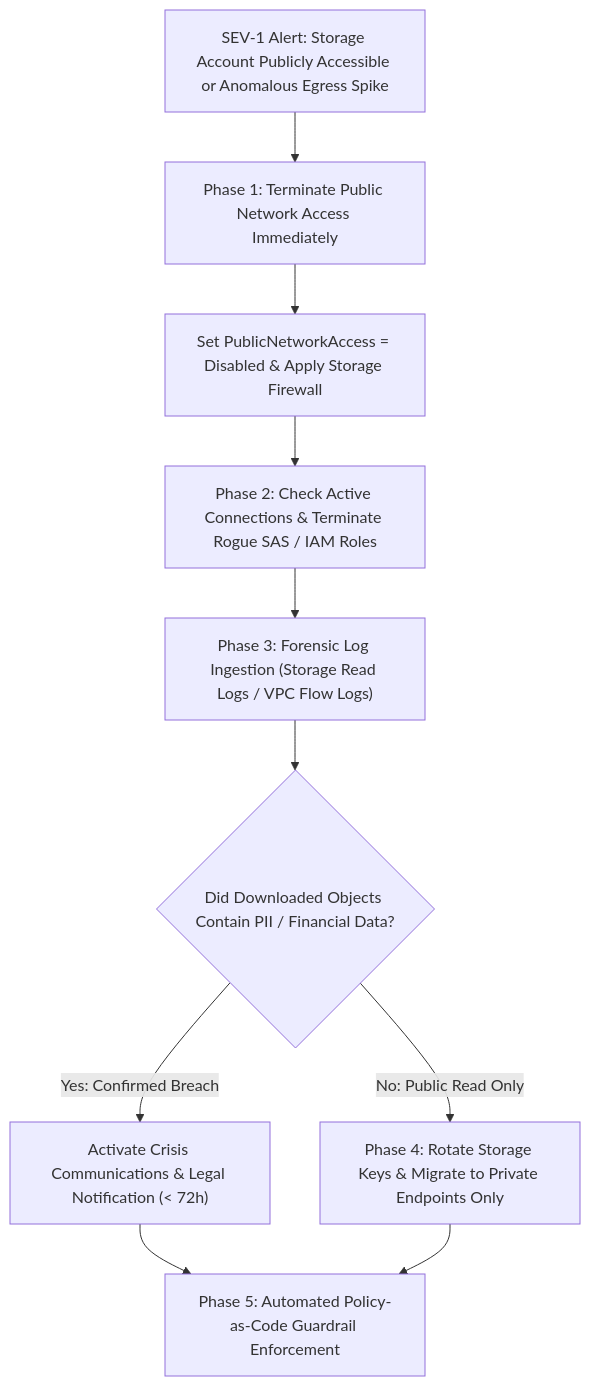
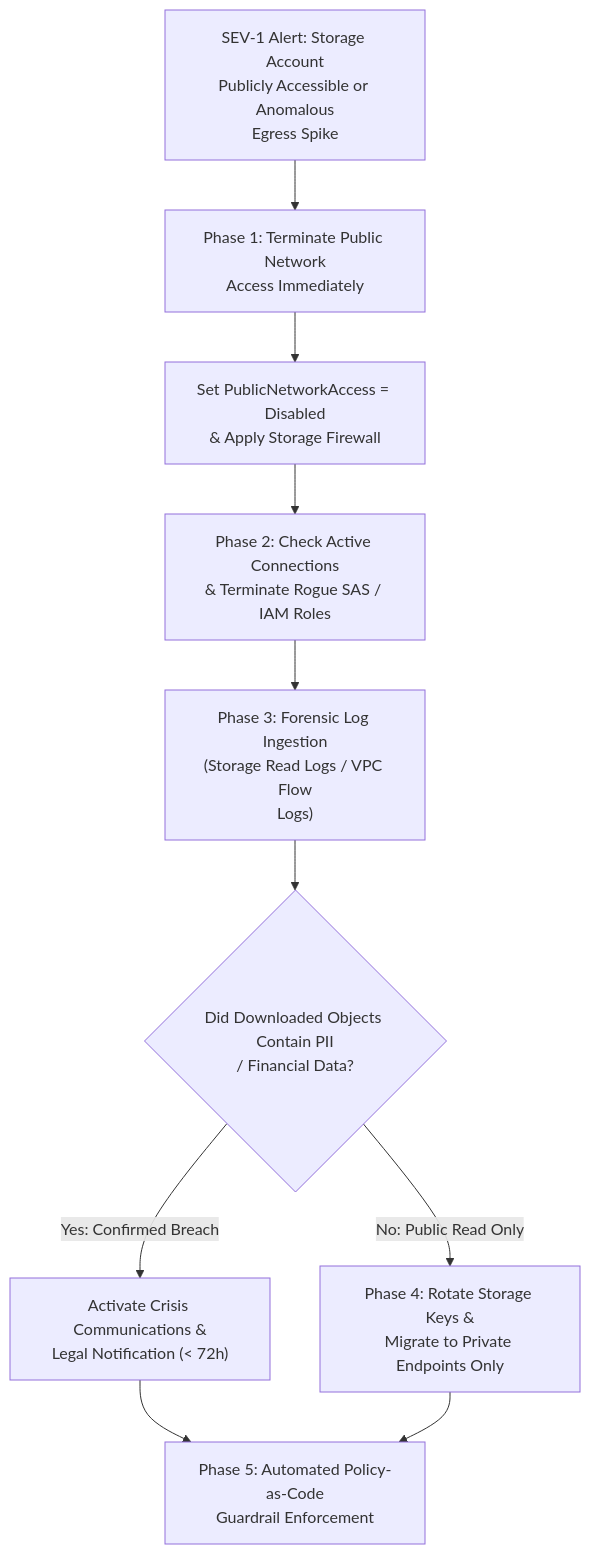
The diagram in runbooks/02_storage_account_data_exfiltration_and_public_exposure.md (santoshjammi29/security-handbook), drawn with Mermaid before and after one commit. The commit also changed 22 other files, not shown here.

Commit message:
fix(diagrams): word-wrap labels and escape comparison operators across all diagrams

````diff
--- a/runbooks/02_storage_account_data_exfiltration_and_public_exposure.md
+++ b/runbooks/02_storage_account_data_exfiltration_and_public_exposure.md
@@ -11,16 +11,16 @@
 ```mermaid
 flowchart TD
-    Alert["SEV-1 Alert: Storage Account Publicly Accessible or Anomalous Egress Spike"] --> Action1["Phase 1: Terminate Public Network Access Immediately"]
+    Alert["SEV-1 Alert: Storage Account<br/>Publicly Accessible or Anomalous<br/>Egress Spike"] --> Action1["Phase 1: Terminate Public Network<br/>Access Immediately"]
 
-    Action1 --> ApplyFirewall["Set PublicNetworkAccess = Disabled & Apply Storage Firewall"]
-    ApplyFirewall --> CheckActive["Phase 2: Check Active Connections & Terminate Rogue SAS / IAM Roles"]
+    Action1 --> ApplyFirewall["Set PublicNetworkAccess = Disabled<br/>& Apply Storage Firewall"]
+    ApplyFirewall --> CheckActive["Phase 2: Check Active Connections<br/>& Terminate Rogue SAS / IAM Roles"]
 
-    CheckActive --> AuditLogs["Phase 3: Forensic Log Ingestion (Storage Read Logs / VPC Flow Logs)"]
-    AuditLogs --> DataClass{"Did Downloaded Objects Contain PII / Financial Data?"}
+    CheckActive --> AuditLogs["Phase 3: Forensic Log Ingestion<br/>(Storage Read Logs / VPC Flow<br/>Logs)"]
+    AuditLogs --> DataClass{"Did Downloaded Objects Contain PII<br/>/ Financial Data?"}
 
-    DataClass -->|Yes: Confirmed Breach| BreachTeam["Activate Crisis Communications & Legal Notification (< 72h)"]
-    DataClass -->|No: Public Read Only| Remediation["Phase 4: Rotate Storage Keys & Migrate to Private Endpoints Only"]
+    DataClass -->|"Yes: Confirmed Breach"| BreachTeam["Activate Crisis Communications &<br/>Legal Notification (&lt; 72h)"]
+    DataClass -->|"No: Public Read Only"| Remediation["Phase 4: Rotate Storage Keys &<br/>Migrate to Private Endpoints Only"]
 
-    BreachTeam --> PostMortem["Phase 5: Automated Policy-as-Code Guardrail Enforcement"]
+    BreachTeam --> PostMortem["Phase 5: Automated Policy-as-Code<br/>Guardrail Enforcement"]
     Remediation --> PostMortem
 ```
````
